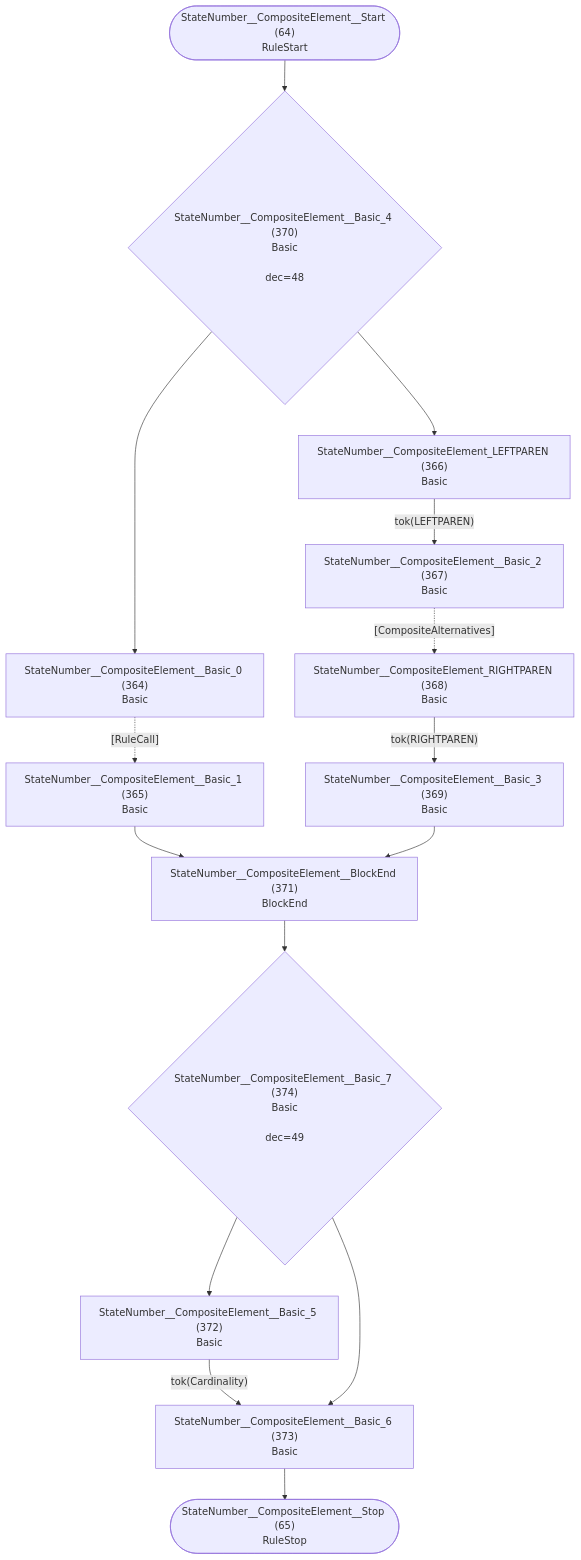
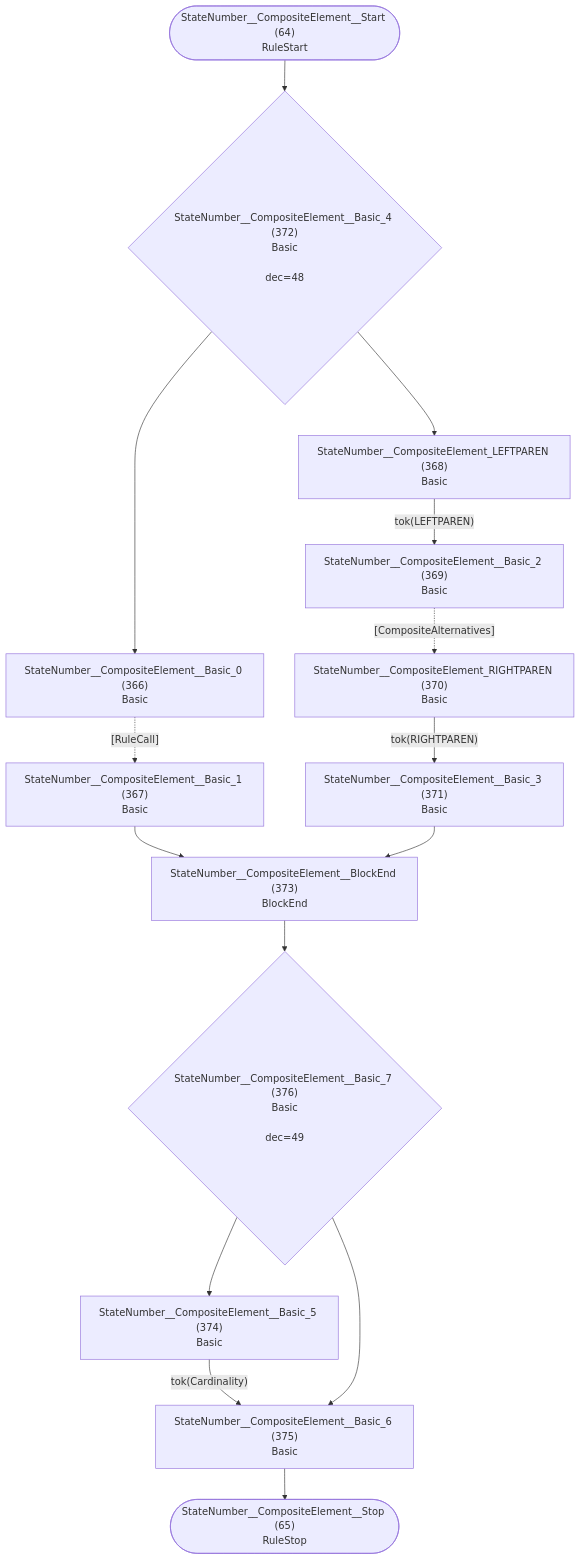
Diagram 33 of 33 in internal/grammar/atn.md (TypeFox/fastbelt), drawn with Mermaid before and after one commit. The commit also changed other lines of this file and 18 other files, not shown here.

````diff
--- a/internal/grammar/atn.md
+++ b/internal/grammar/atn.md
@@ -984,31 +989,31 @@
 ```mermaid
 flowchart TD
     q64(["StateNumber__CompositeElement__Start (64)<br/>RuleStart"])
     q65(["StateNumber__CompositeElement__Stop (65)<br/>RuleStop"])
-    q364["StateNumber__CompositeElement__Basic_0 (364)<br/>Basic<br/>"]
-    q365["StateNumber__CompositeElement__Basic_1 (365)<br/>Basic<br/>"]
-    q366["StateNumber__CompositeElement_LEFTPAREN (366)<br/>Basic<br/>"]
-    q367["StateNumber__CompositeElement__Basic_2 (367)<br/>Basic<br/>"]
-    q368["StateNumber__CompositeElement_RIGHTPAREN (368)<br/>Basic<br/>"]
-    q369["StateNumber__CompositeElement__Basic_3 (369)<br/>Basic<br/>"]
-    q370{"StateNumber__CompositeElement__Basic_4 (370)<br/>Basic<br/><br/>dec=48"}
-    q371["StateNumber__CompositeElement__BlockEnd (371)<br/>BlockEnd<br/>"]
-    q372["StateNumber__CompositeElement__Basic_5 (372)<br/>Basic<br/>"]
-    q373["StateNumber__CompositeElement__Basic_6 (373)<br/>Basic<br/>"]
-    q374{"StateNumber__CompositeElement__Basic_7 (374)<br/>Basic<br/><br/>dec=49"}
+    q366["StateNumber__CompositeElement__Basic_0 (366)<br/>Basic<br/>"]
+    q367["StateNumber__CompositeElement__Basic_1 (367)<br/>Basic<br/>"]
+    q368["StateNumber__CompositeElement_LEFTPAREN (368)<br/>Basic<br/>"]
+    q369["StateNumber__CompositeElement__Basic_2 (369)<br/>Basic<br/>"]
+    q370["StateNumber__CompositeElement_RIGHTPAREN (370)<br/>Basic<br/>"]
+    q371["StateNumber__CompositeElement__Basic_3 (371)<br/>Basic<br/>"]
+    q372{"StateNumber__CompositeElement__Basic_4 (372)<br/>Basic<br/><br/>dec=48"}
+    q373["StateNumber__CompositeElement__BlockEnd (373)<br/>BlockEnd<br/>"]
+    q374["StateNumber__CompositeElement__Basic_5 (374)<br/>Basic<br/>"]
+    q375["StateNumber__CompositeElement__Basic_6 (375)<br/>Basic<br/>"]
+    q376{"StateNumber__CompositeElement__Basic_7 (376)<br/>Basic<br/><br/>dec=49"}
 
-    q64 --> q370
-    q364 -.->|"[RuleCall]"| q365
-    q365 --> q371
-    q366 -->|"tok(LEFTPAREN)"| q367
-    q367 -.->|"[CompositeAlternatives]"| q368
-    q368 -->|"tok(RIGHTPAREN)"| q369
-    q369 --> q371
-    q370 --> q364
-    q370 --> q366
-    q371 --> q374
-    q372 -->|"tok(Cardinality)"| q373
-    q373 --> q65
-    q374 --> q372
-    q374 --> q373
+    q64 --> q372
+    q366 -.->|"[RuleCall]"| q367
+    q367 --> q373
+    q368 -->|"tok(LEFTPAREN)"| q369
+    q369 -.->|"[CompositeAlternatives]"| q370
+    q370 -->|"tok(RIGHTPAREN)"| q371
+    q371 --> q373
+    q372 --> q366
+    q372 --> q368
+    q373 --> q376
+    q374 -->|"tok(Cardinality)"| q375
+    q375 --> q65
+    q376 --> q374
+    q376 --> q375
 ```
````
